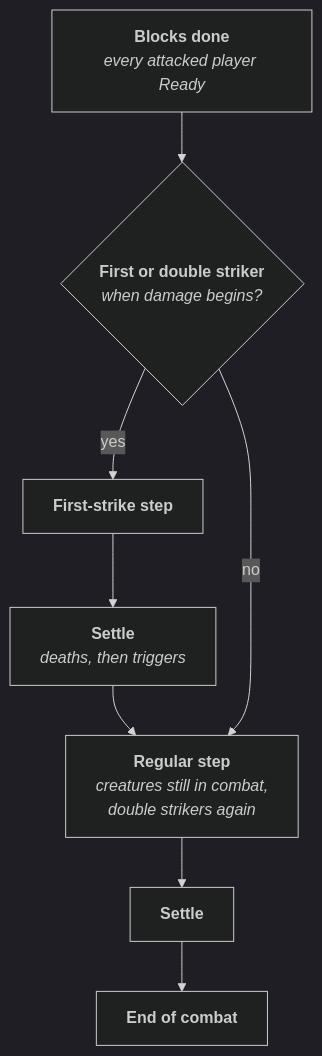
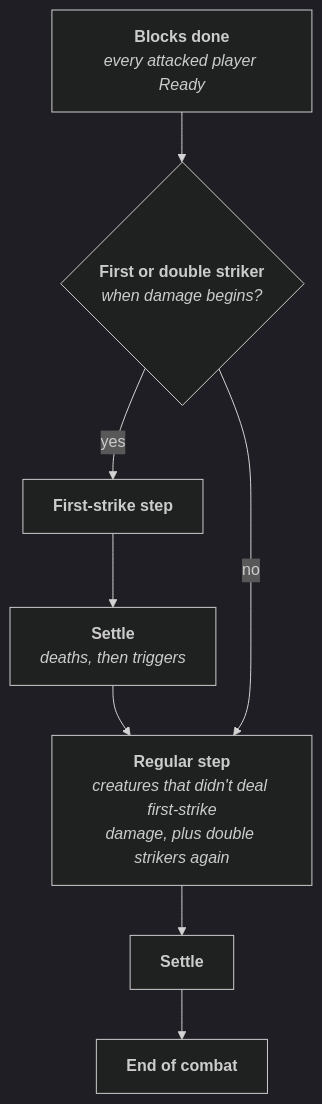
Before and after one commit to mwei2509/onthestack: the third of 3 diagrams in docs/engine-model.md, drawn with Mermaid (dark theme). The commit also changed 4 other files, not shown here.

First line of the commit message:
Engine: first strike judged by history, not current keywords (#34)

````diff
--- a/docs/engine-model.md
+++ b/docs/engine-model.md
@@ -95,6 +95,6 @@
 ```mermaid
 flowchart TD
   S["<b>Blocks done</b><br/><i>every attacked player Ready</i>"] --> FS{"<b>First or double striker</b><br/><i>when damage begins?</i>"}
   FS -- yes --> P1["<b>First-strike step</b>"] --> L1["<b>Settle</b><br/><i>deaths, then triggers</i>"] --> P2
-  FS -- no --> P2["<b>Regular step</b><br/><i>creatures still in combat,<br/>double strikers again</i>"] --> L2["<b>Settle</b>"] --> E["<b>End of combat</b>"]
+  FS -- no --> P2["<b>Regular step</b><br/><i>creatures that didn't deal first-strike<br/>damage, plus double strikers again</i>"] --> L2["<b>Settle</b>"] --> E["<b>End of combat</b>"]
 ```
````
